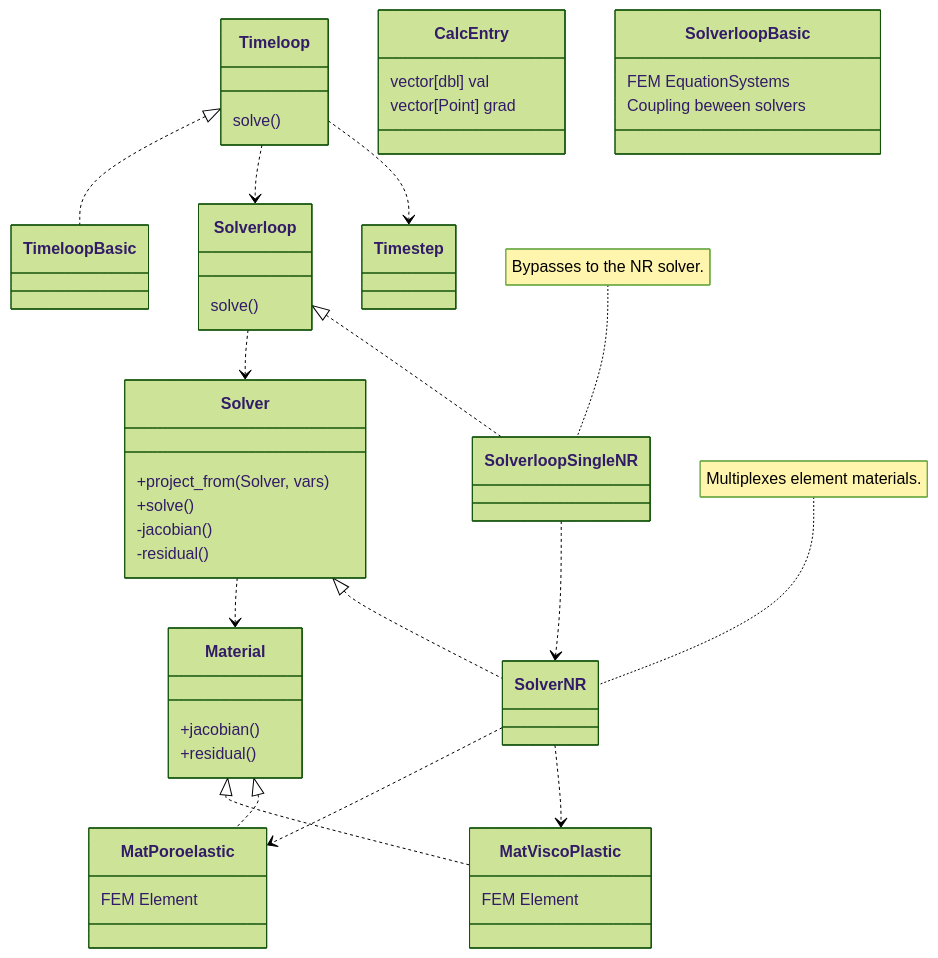
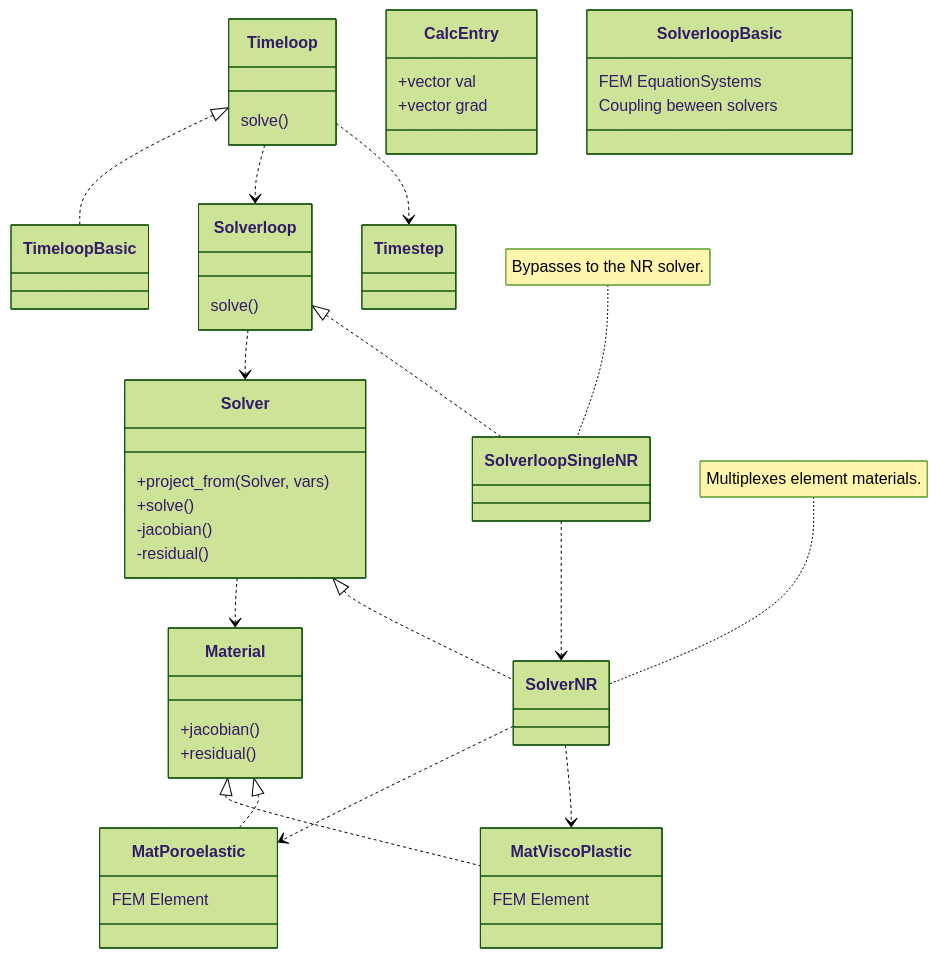
The diagram in include/README.md (rebpoli/harpy), drawn with Mermaid (forest theme) before and after one commit.

````diff
--- a/include/README.md
+++ b/include/README.md
@@ -15,74 +15,74 @@
 ```mermaid
 classDiagram
 %% Interfaces
     class Timeloop { 
         solve()
     }
 
     class Solverloop {
         solve()
     }
 
     class Solver {
         +project_from(Solver, vars)
         +solve()
         -jacobian()
         -residual()
     }
 
 
     class Material {
         +jacobian()
         +residual()
     }
 
     class CalcEntry {
-        vector[dbl] val
-        vector[Point] grad
+        +vector<dbl> val
+        +vector<Point> grad
     }
 
 %% Helper
     class Timestep { }
 
 %% Implementations
     class SolverloopBasic {
         FEM EquationSystems
         Coupling beween solvers
     }
 
     class MatViscoPlastic { FEM Element }
 
     class MatPoroelastic { FEM Element }
 
 %% Dependencies
     Timeloop ..> Timestep
     Timeloop ..> Solverloop
 
     note for SolverloopSingleNR "Bypasses to the NR solver."
     SolverloopSingleNR ..> SolverNR
 
 %% Interfaces << implementations
     Timeloop <|.. TimeloopBasic
     Material <|.. MatPoroelastic
     Material <|.. MatViscoPlastic
     Solverloop <|.. SolverloopSingleNR
     Solver <|.. SolverNR
     note for SolverNR "Multiplexes element materials."
 
     Solverloop ..> Solver
     Solver..> Material
 
     SolverNR ..> MatViscoPlastic
     SolverNR ..> MatPoroelastic
 
 %%
 %% classA <|-- classB    // Inheritance (B inherits from A)
 %% classA <|.. classB    // Implementation (B implements A)
 %% classA *-- classB     // Composition (B is part of A)
 %% classA o-- classB     // Aggregation (B is used by A)
 %% classA --> classB     // Association (A references B)
 %% classA ..> classB     // Dependency (A depends on B)
 %% classA ..|> classB    // Realization (B realizes A)
 %% classA <--> classB    // Bidirectional association
 
 ```
````
